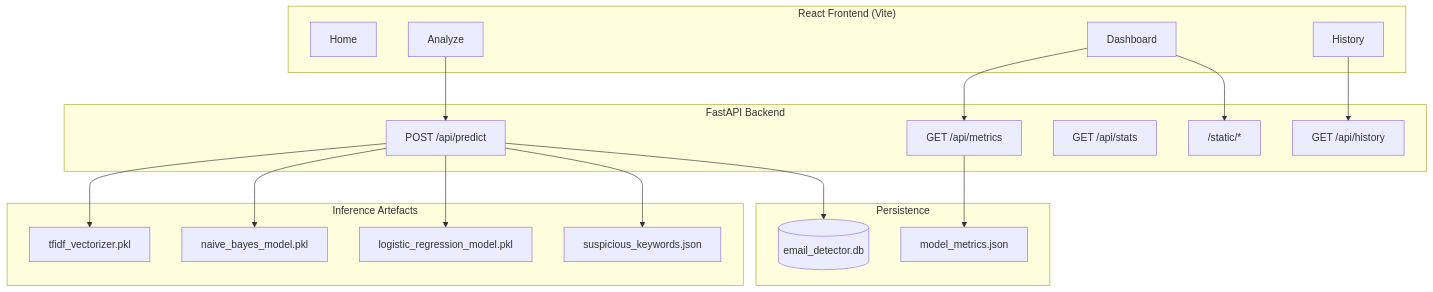
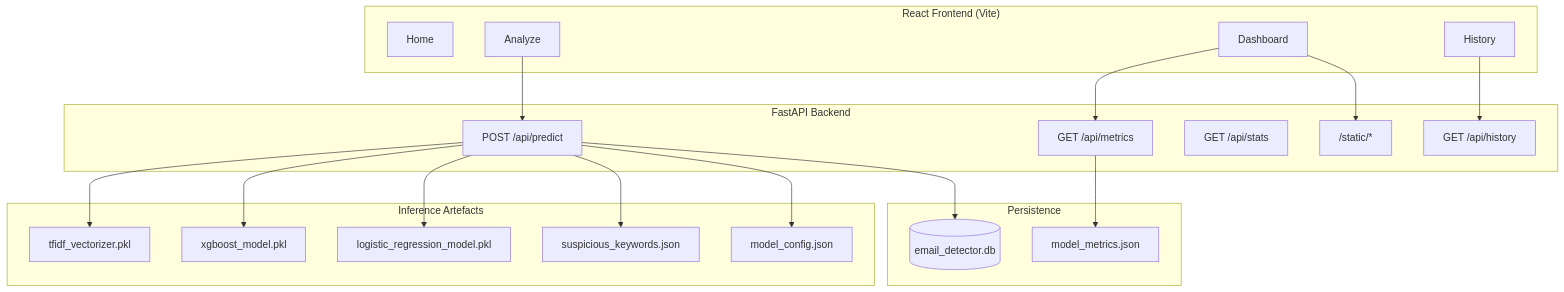
Before and after one commit to talha-09/fake-job-detector: the diagram in README.md, drawn with Mermaid. The commit also changed other lines of this file and 31 other files, not shown here.

````diff
--- a/README.md
+++ b/README.md
@@ -61,40 +61,42 @@
 ```mermaid
 flowchart TB
     subgraph Client["React Frontend (Vite)"]
         Home[Home]
         Analyze[Analyze]
         Dashboard[Dashboard]
         History[History]
     end
 
     subgraph API["FastAPI Backend"]
         Predict["POST /api/predict"]
         Metrics["GET /api/metrics"]
         Stats["GET /api/stats"]
         Hist["GET /api/history"]
         Static["/static/*"]
     end
 
     subgraph ML["Inference Artefacts"]
         TFIDF[tfidf_vectorizer.pkl]
-        NB[naive_bayes_model.pkl]
+        XGB[xgboost_model.pkl]
         LR[logistic_regression_model.pkl]
         KW[suspicious_keywords.json]
+        CFG[model_config.json]
     end
 
     subgraph Store["Persistence"]
         SQLite[(email_detector.db)]
         MetricsJSON[model_metrics.json]
     end
 
     Analyze --> Predict
     Dashboard --> Metrics
     Dashboard --> Static
     History --> Hist
   Predict --> TFIDF
-    Predict --> NB
+    Predict --> XGB
     Predict --> LR
     Predict --> KW
+    Predict --> CFG
     Predict --> SQLite
     Metrics --> MetricsJSON
 ```
````
